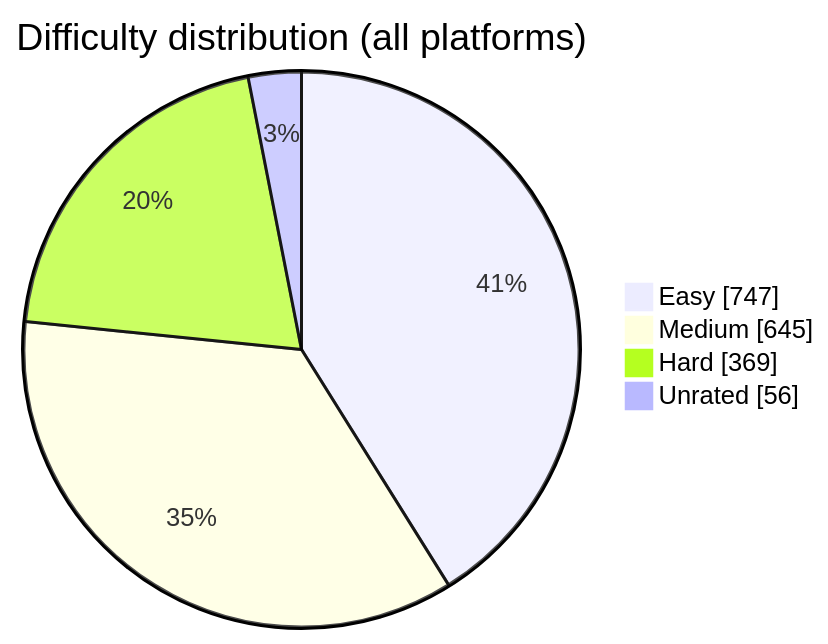
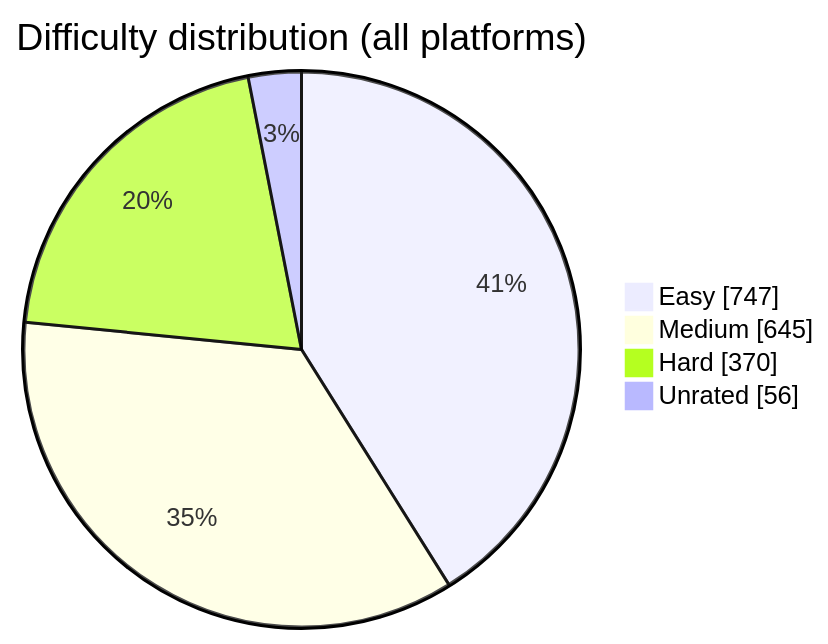
The diagram in README.md (BuildbyArindam/Daily-Coding-Log), drawn with Mermaid before and after one commit. The commit also changed other lines of this file, not shown here.

````diff
--- a/README.md
+++ b/README.md
@@ -108,7 +108,7 @@
 ```mermaid
 pie showData title Difficulty distribution (all platforms)
     "Easy" : 747
     "Medium" : 645
-    "Hard" : 369
+    "Hard" : 370
     "Unrated" : 56
 ```
````
